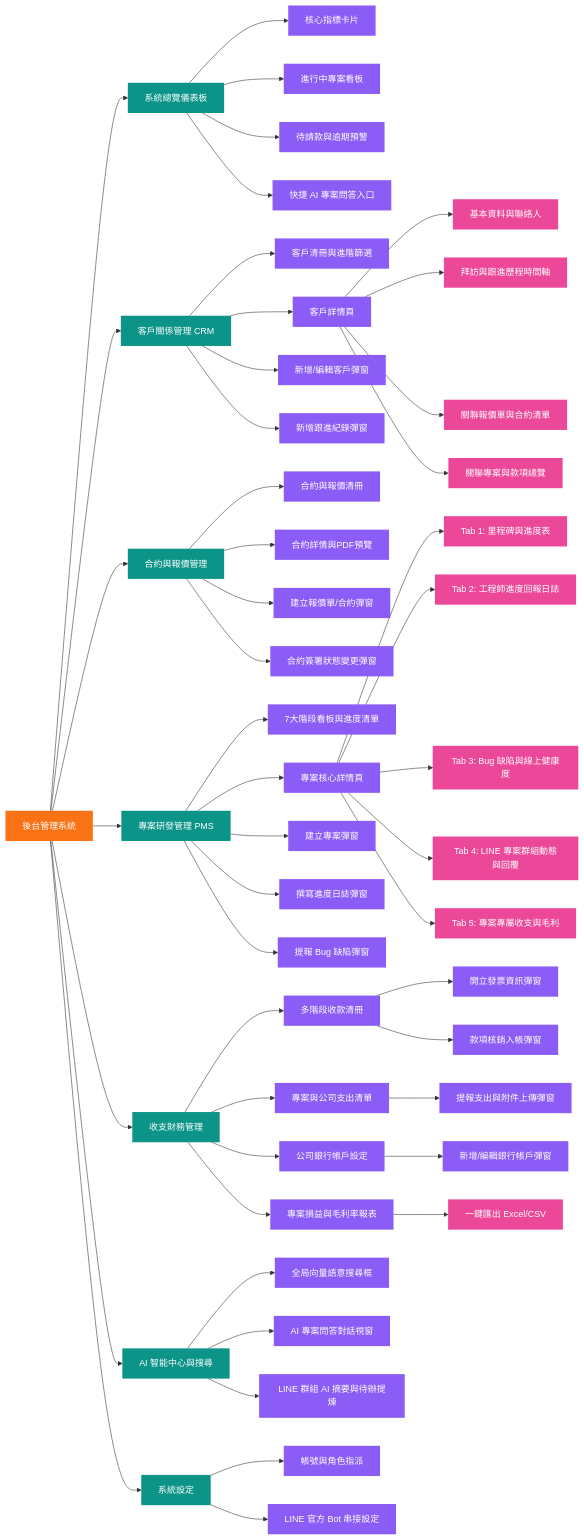
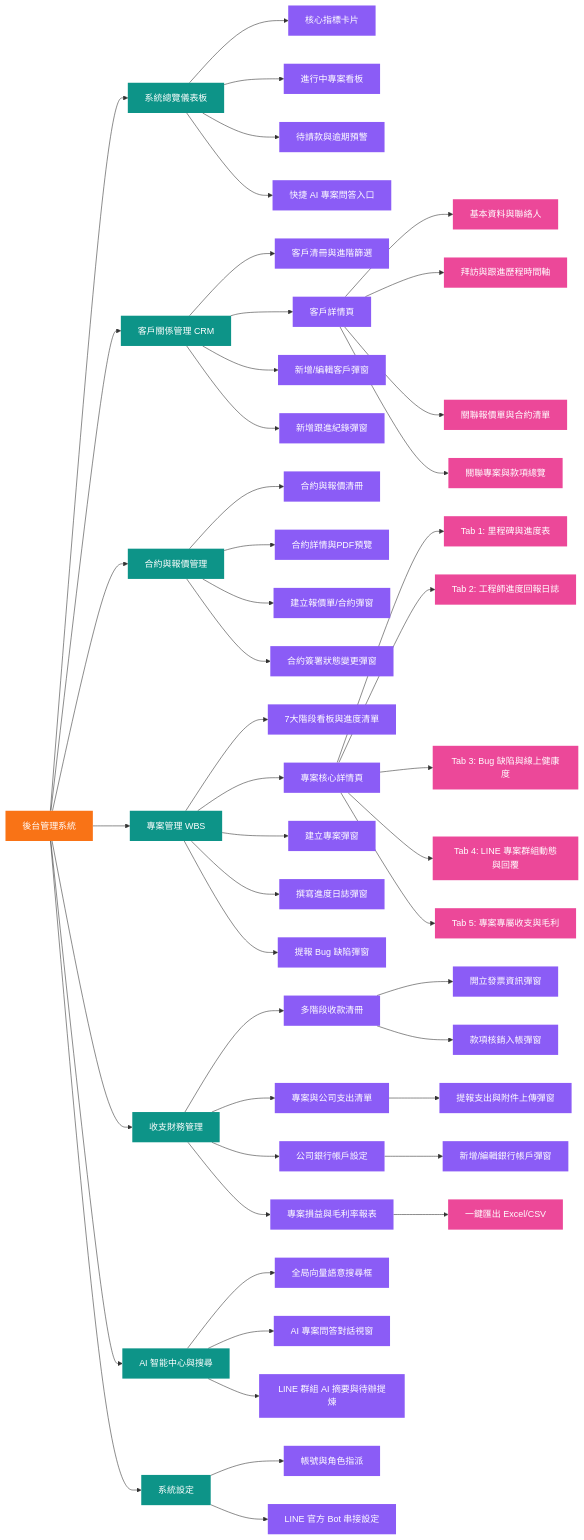
One commit to kawawei/liheng-system changed the diagram in 需求/頁面結構/後台頁面結構.md. Above: the diagram before and after it, drawn with Mermaid. The commit also changed other lines of this file and 13 other files, not shown here.

Commit message:
refactor(wbs): rename PMS to WBS, change project r&d to project management, update icon buttons and remove contracts page

````diff
--- a/需求/頁面結構/後台頁面結構.md
+++ b/需求/頁面結構/後台頁面結構.md
@@ -9,70 +9,70 @@
 ```mermaid
 graph LR
     classDef level1 fill:#f97316,stroke:none,color:white;
     classDef level2 fill:#0d9488,stroke:none,color:white;
     classDef level3 fill:#8b5cf6,stroke:none,color:white;
     classDef level4 fill:#ec4899,stroke:none,color:white;
 
     Root[後台管理系統]:::level1
 
     %% 1. 儀表板
     Root --> Dashboard[系統總覽儀表板]:::level2
     Dashboard --> KPICards[核心指標卡片]:::level3
     Dashboard --> ActiveProjectKanban[進行中專案看板]:::level3
     Dashboard --> ReceivablesAlert[待請款與逾期預警]:::level3
     Dashboard --> QuickAIChat[快捷 AI 專案問答入口]:::level3
 
     %% 2. 客戶關係管理 (CRM)
     Root --> CRM[客戶關係管理 CRM]:::level2
     CRM --> ClientList[客戶清冊與進階篩選]:::level3
     CRM --> ClientDetail[客戶詳情頁]:::level3
     ClientDetail --> ClientInfoTab[基本資料與聯絡人]:::level4
     ClientDetail --> ClientActivityTab[拜訪與跟進歷程時間軸]:::level4
     ClientDetail --> ClientContractTab[關聯報價單與合約清單]:::level4
     ClientDetail --> ClientProjectTab[關聯專案與款項總覽]:::level4
     CRM --> ClientModal[新增/編輯客戶彈窗]:::level3
     CRM --> ActivityModal[新增跟進紀錄彈窗]:::level3
 
     %% 3. 合約與報價單管理
     Root --> ContractModule[合約與報價管理]:::level2
     ContractModule --> ContractList[合約與報價清冊]:::level3
     ContractModule --> ContractDetail[合約詳情與PDF預覽]:::level3
     ContractModule --> ContractFormModal[建立報價單/合約彈窗]:::level3
     ContractModule --> StatusTransitionModal[合約簽署狀態變更彈窗]:::level3
 
-    %% 4. 專案研發管理 (PMS)
-    Root --> PMS[專案研發管理 PMS]:::level2
-    PMS --> ProjectKanban[7大階段看板與進度清單]:::level3
-    PMS --> ProjectDetail[專案核心詳情頁]:::level3
+    %% 4. 專案管理 (WBS)
+    Root --> WBS[專案管理 WBS]:::level2
+    WBS --> ProjectKanban[7大階段看板與進度清單]:::level3
+    WBS --> ProjectDetail[專案核心詳情頁]:::level3
     ProjectDetail --> TabMilestone[Tab 1: 里程碑與進度表]:::level4
     ProjectDetail --> TabProgressLog[Tab 2: 工程師進度回報日誌]:::level4
     ProjectDetail --> TabQAMonitor[Tab 3: Bug 缺陷與線上健康度]:::level4
     ProjectDetail --> TabLineSync[Tab 4: LINE 專案群組動態與回覆]:::level4
     ProjectDetail --> TabFinance[Tab 5: 專案專屬收支與毛利]:::level4
-    PMS --> ProjectCreateModal[建立專案彈窗]:::level3
-    PMS --> LogCreateModal[撰寫進度日誌彈窗]:::level3
-    PMS --> BugCreateModal[提報 Bug 缺陷彈窗]:::level3
+    WBS --> ProjectCreateModal[建立專案彈窗]:::level3
+    WBS --> LogCreateModal[撰寫進度日誌彈窗]:::level3
+    WBS --> BugCreateModal[提報 Bug 缺陷彈窗]:::level3
 
     %% 5. 財務收支管理
     Root --> FinanceModule[收支財務管理]:::level2
     FinanceModule --> ReceivablesPage[多階段收款清冊]:::level3
     ReceivablesPage --> InvoiceModal[開立發票資訊彈窗]:::level3
     ReceivablesPage --> ReceiveConfirmModal[款項核銷入帳彈窗]:::level3
     FinanceModule --> ExpensePage[專案與公司支出清單]:::level3
     ExpensePage --> ExpenseCreateModal[提報支出與附件上傳彈窗]:::level3
     FinanceModule --> BankAccountPage[公司銀行帳戶設定]:::level3
     BankAccountPage --> BankAccountModal[新增/編輯銀行帳戶彈窗]:::level3
     FinanceModule --> ProfitReportPage[專案損益與毛利率報表]:::level3
     ProfitReportPage --> ExportAction[一鍵匯出 Excel/CSV]:::level4
 
     %% 6. AI 智能中心與全局搜尋
     Root --> AICenter[AI 智能中心與搜尋]:::level2
     AICenter --> GlobalVectorSearch[全局向量語意搜尋框]:::level3
     AICenter --> AIRagChatModal[AI 專案問答對話視窗]:::level3
     AICenter --> AISummaryPanel[LINE 群組 AI 摘要與待辦提煉]:::level3
 
     %% 7. 系統設定
     Root --> Settings[系統設定]:::level2
     Settings --> UserManagement[帳號與角色指派]:::level3
     Settings --> LineBotConfig[LINE 官方 Bot 串接設定]:::level3
 ```
````
